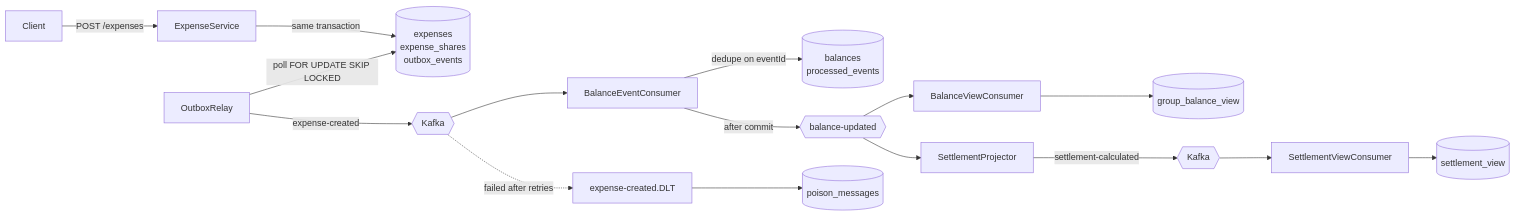
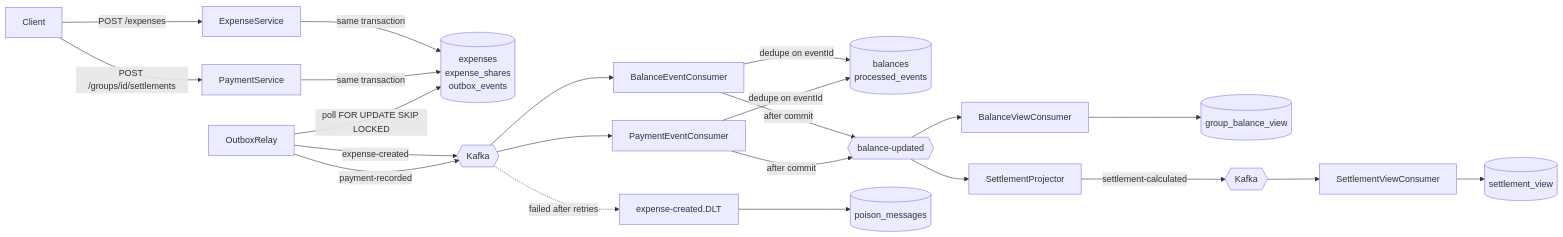
Before and after one commit to ShubhJ46/expense-settlement-system: the diagram in README.md, drawn with Mermaid. The commit also changed other lines of this file and 17 other files, not shown here.

````diff
--- a/README.md
+++ b/README.md
@@ -16,15 +16,21 @@
 ```mermaid
 flowchart LR
     C[Client] -->|POST /expenses| API[ExpenseService]
+    C -->|POST /groups/id/settlements| PAY[PaymentService]
     API -->|same transaction| DB[(expenses<br/>expense_shares<br/>outbox_events)]
+    PAY -->|same transaction| DB
     R[OutboxRelay] -->|poll FOR UPDATE SKIP LOCKED| DB
     R -->|expense-created| K1{{Kafka}}
+    R -->|payment-recorded| K1
     K1 --> BC[BalanceEventConsumer]
+    K1 --> PC[PaymentEventConsumer]
     BC -->|dedupe on eventId| BAL[(balances<br/>processed_events)]
+    PC -->|dedupe on eventId| BAL
     BC -->|after commit| K2{{balance-updated}}
+    PC -->|after commit| K2
     K2 --> BV[BalanceViewConsumer] --> GBV[(group_balance_view)]
     K2 --> SP[SettlementProjector]
     SP -->|settlement-calculated| K3{{Kafka}}
     K3 --> SV[SettlementViewConsumer] --> SVT[(settlement_view)]
     K1 -.failed after retries.-> DLT[expense-created.DLT] --> PM[(poison_messages)]
 ```
````
